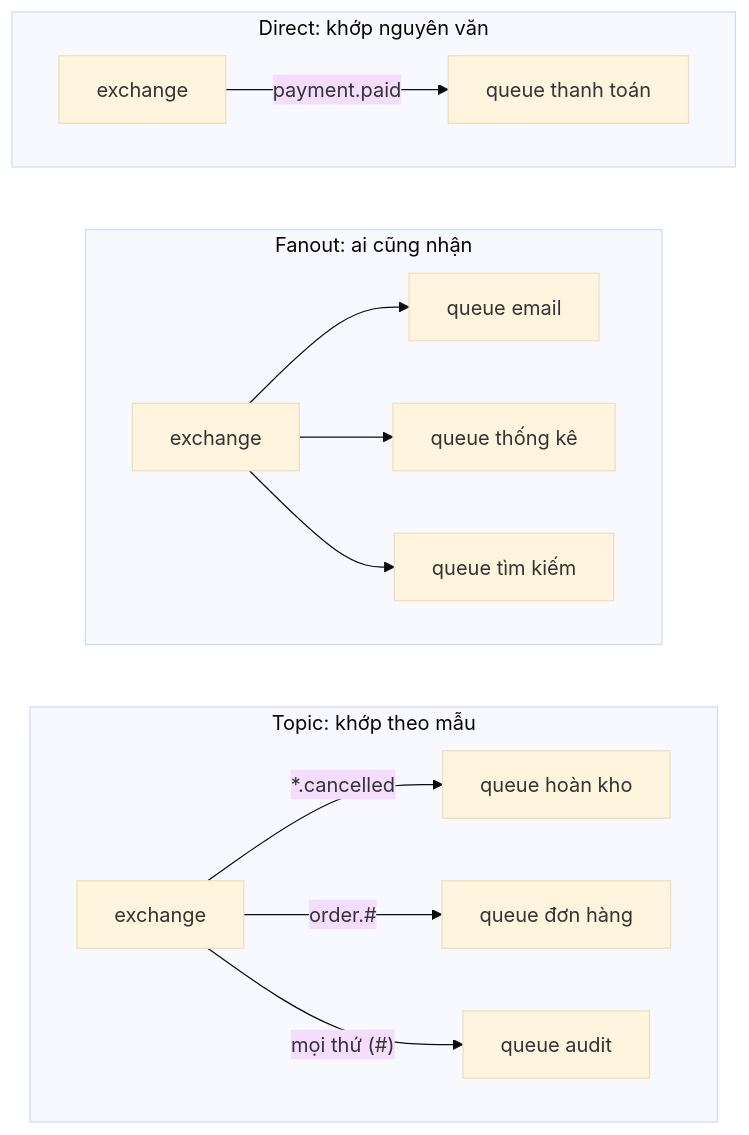
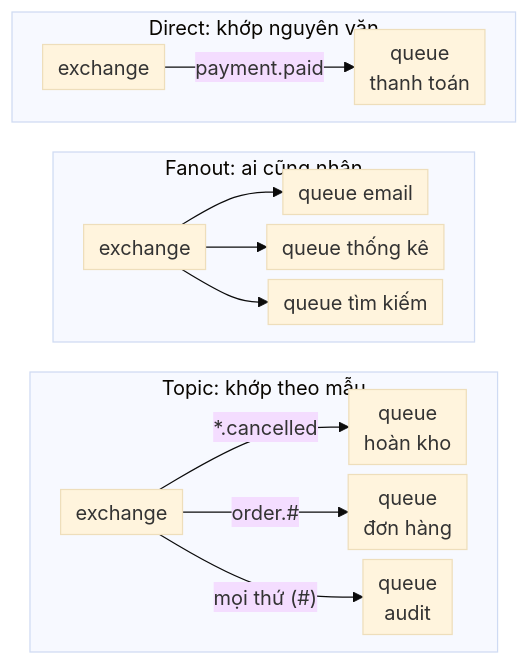
Before and after one commit to duongbui234/software-engineering-atlas: the first of 3 diagrams in content/posts/2026-11-21-rabbitmq-exchanges.md, drawn with Mermaid (base theme). The commit also changed other lines of this file and 134 other files, not shown here.

First line of the commit message:
Fit every Mermaid diagram at 390px without sideways scroll (#56)

````diff
--- a/content/posts/2026-11-21-rabbitmq-exchanges.md
+++ b/content/posts/2026-11-21-rabbitmq-exchanges.md
@@ -58,20 +58,21 @@
 ```mermaid
+%%{init: {"flowchart": {"nodeSpacing": 8, "rankSpacing": 24, "padding": 6}}}%%
 flowchart TB
     subgraph D["Direct: khớp nguyên văn"]
         direction LR
-        DX["exchange"] -->|"payment.paid"| DQ1["queue thanh toán"]
+        DX["exchange"] -->|"payment.paid"| DQ1["queue<br/>thanh toán"]
     end
     subgraph F["Fanout: ai cũng nhận"]
         direction LR
         FX["exchange"] --> FQ1["queue email"]
         FX --> FQ2["queue thống kê"]
         FX --> FQ3["queue tìm kiếm"]
     end
     subgraph T["Topic: khớp theo mẫu"]
         direction LR
-        TX["exchange"] -->|"*.cancelled"| TQ1["queue hoàn kho"]
-        TX -->|"order.#"| TQ2["queue đơn hàng"]
-        TX -->|"mọi thứ (#)"| TQ3["queue audit"]
+        TX["exchange"] -->|"*.cancelled"| TQ1["queue<br/>hoàn kho"]
+        TX -->|"order.#"| TQ2["queue<br/>đơn hàng"]
+        TX -->|"mọi thứ (#)"| TQ3["queue<br/>audit"]
     end
     D ~~~ F ~~~ T
 ```
````
